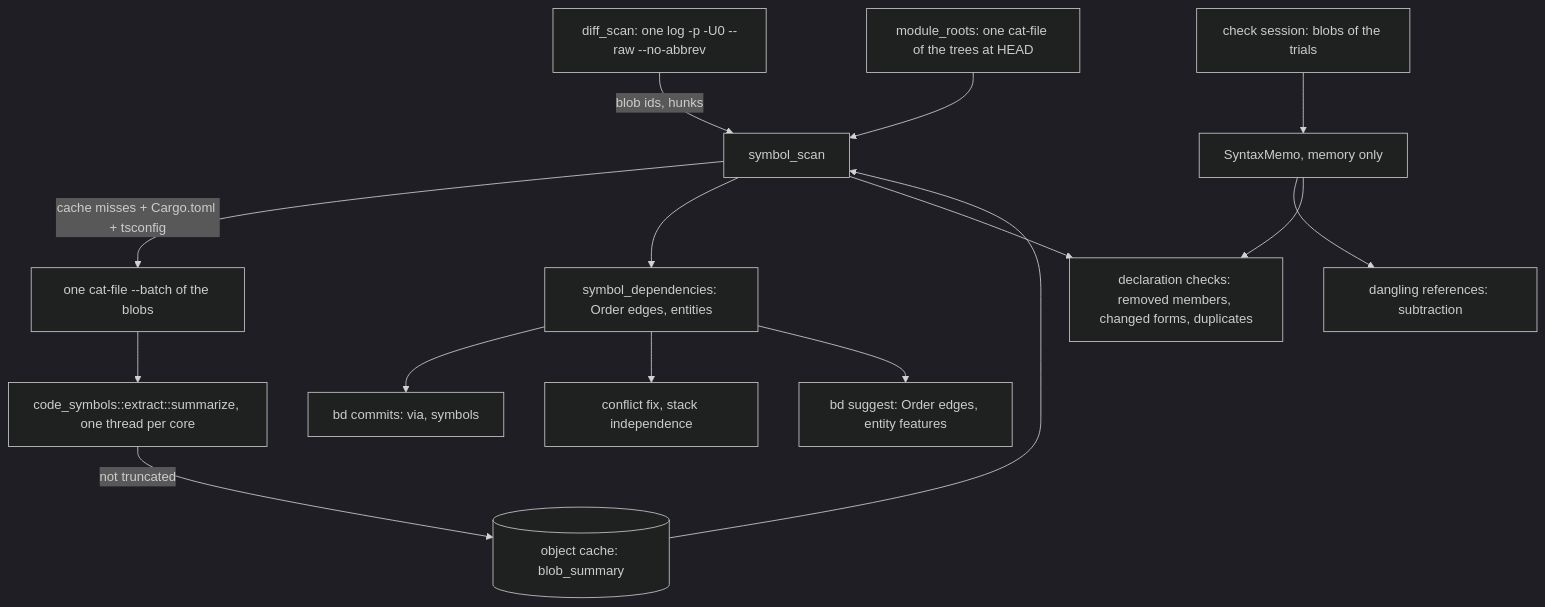
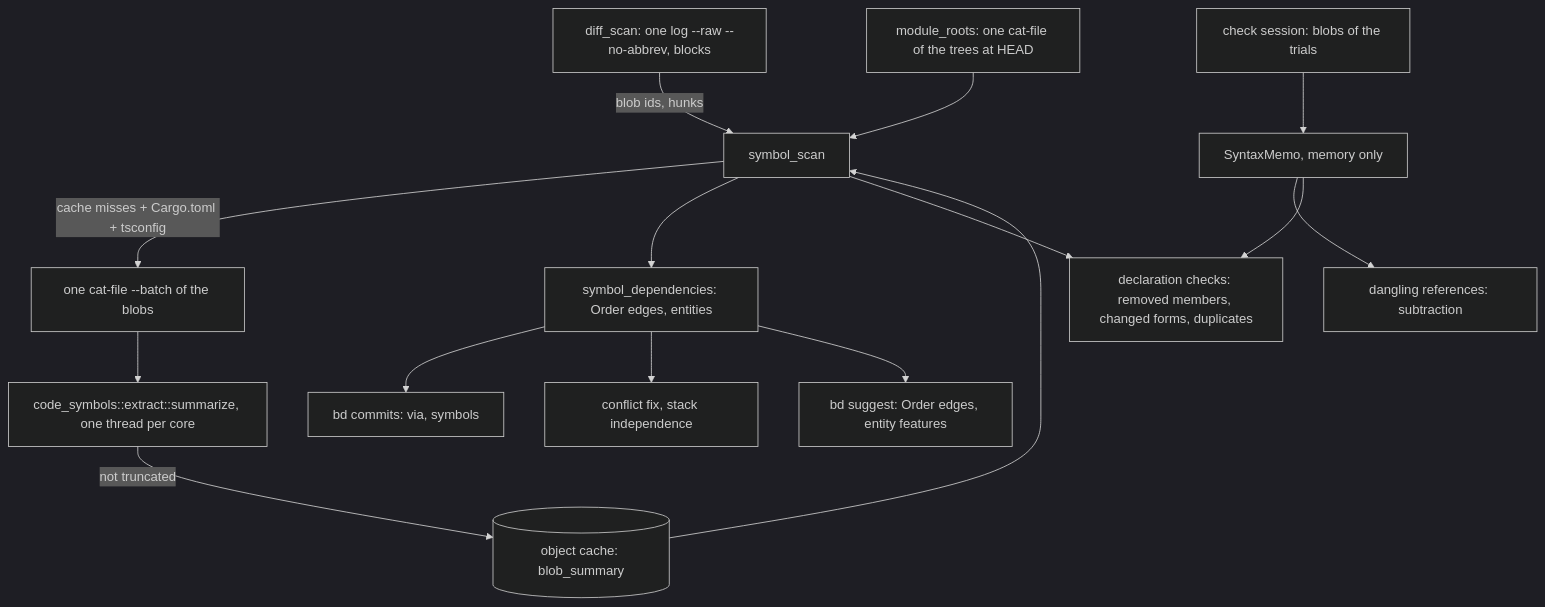
Before and after one commit to develar/branch-deck: the diagram in docs/design/symbol-dependencies.md, drawn with Mermaid (dark theme). The commit also changed 14 other files, not shown here.

````diff
--- a/docs/design/symbol-dependencies.md
+++ b/docs/design/symbol-dependencies.md
@@ -48,16 +48,16 @@
 ```mermaid
 flowchart TD
-    D[diff_scan: one log -p -U0 --raw --no-abbrev] -->|blob ids, hunks| S[symbol_scan]
+    D[diff_scan: one log --raw --no-abbrev, blocks] -->|blob ids, hunks| S[symbol_scan]
     R[module_roots: one cat-file of the trees at HEAD] --> S
     S -->|cache misses + Cargo.toml + tsconfig| C[one cat-file --batch of the blobs]
     C --> P[code_symbols::extract::summarize, one thread per core]
     P -->|not truncated| O[(object cache: blob_summary)]
     O --> S
     S --> G[symbol_dependencies: Order edges, entities]
     G --> B[bd commits: via, symbols]
     G --> F[conflict fix, stack independence]
     G --> U[bd suggest: Order edges, entity features]
     S2[check session: blobs of the trials] --> M[SyntaxMemo, memory only] --> X[dangling references: subtraction]
     S --> T[declaration checks: removed members, changed forms, duplicates]
     M --> T
 ```
````
